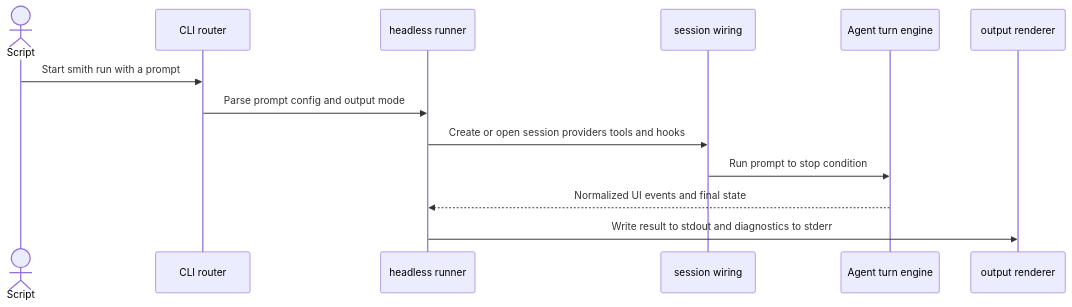
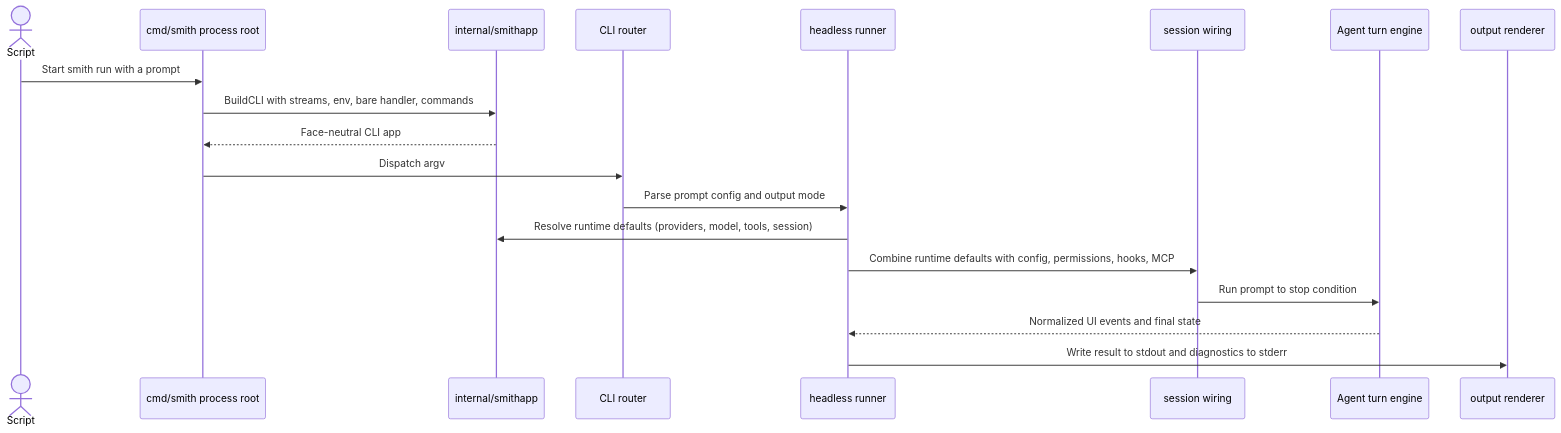
Before and after one commit to tonitienda/agent-smith: the fourth of 4 diagrams in docs/architecture/runtime-flows.md, drawn with Mermaid. The commit also changed other lines of this file and 2 other files, not shown here.

Commit message:
Update architecture docs for smithapp composition

````diff
--- a/docs/architecture/runtime-flows.md
+++ b/docs/architecture/runtime-flows.md
@@ -86,16 +89,22 @@
 ```mermaid
 sequenceDiagram
     actor Script
+    participant ProcessRoot as cmd/smith process root
+    participant SmithApp as internal/smithapp
     participant CLIRouter as CLI router
     participant HeadlessRunner as headless runner
     participant ChatController as session wiring
     participant AgentLoop as Agent turn engine
     participant OutputRenderer as output renderer
 
-    Script->>CLIRouter: Start smith run with a prompt
+    Script->>ProcessRoot: Start smith run with a prompt
+    ProcessRoot->>SmithApp: BuildCLI with streams, env, bare handler, commands
+    SmithApp-->>ProcessRoot: Face-neutral CLI app
+    ProcessRoot->>CLIRouter: Dispatch argv
     CLIRouter->>HeadlessRunner: Parse prompt config and output mode
-    HeadlessRunner->>ChatController: Create or open session providers tools and hooks
+    HeadlessRunner->>SmithApp: Resolve runtime defaults (providers, model, tools, session)
+    HeadlessRunner->>ChatController: Combine runtime defaults with config, permissions, hooks, MCP
     ChatController->>AgentLoop: Run prompt to stop condition
     AgentLoop-->>HeadlessRunner: Normalized UI events and final state
     HeadlessRunner->>OutputRenderer: Write result to stdout and diagnostics to stderr
 ```
````
